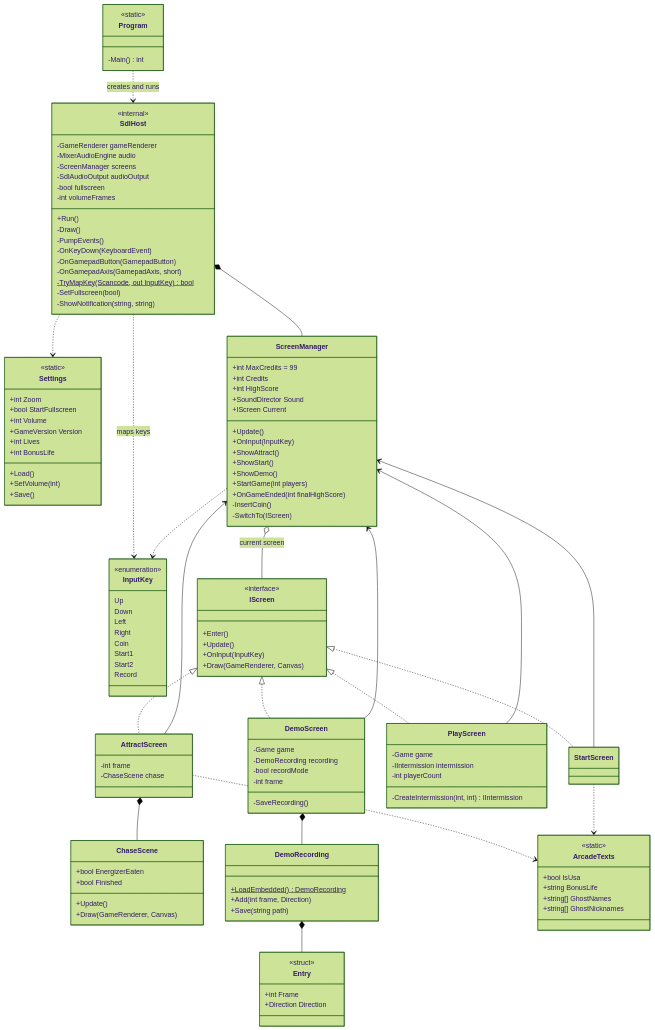
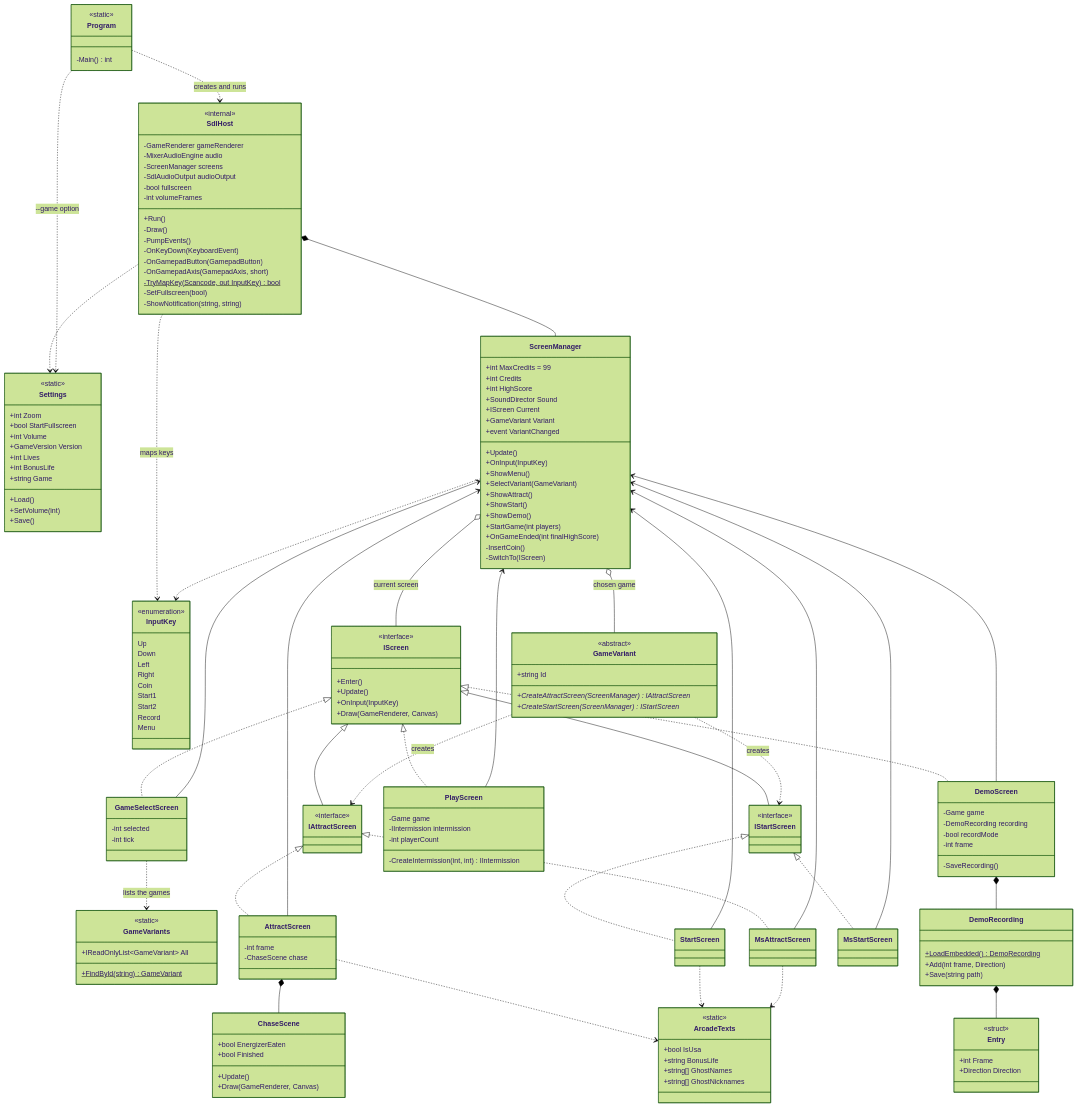
One commit to Telev78/pacman changed the second of 31 diagrams in docs/Pacman_UML_and_State_Diagrams_EN.md. Above: the diagram before and after it, drawn with Mermaid (forest theme). The commit also changed other lines of this file and 173 other files, not shown here.

````diff
--- a/docs/Pacman_UML_and_State_Diagrams_EN.md
+++ b/docs/Pacman_UML_and_State_Diagrams_EN.md
@@ -135,6 +144,7 @@
     +GameVersion Version
     +int Lives
     +int BonusLife
+    +string Game
     +Load()
     +SetVolume(int)
     +Save()
@@ -149,6 +159,7 @@
     Start1
     Start2
     Record
+    Menu
   }
   class IScreen {
     <<interface>>
@@ -157,14 +168,24 @@
     +OnInput(InputKey)
     +Draw(GameRenderer, Canvas)
   }
+  class IAttractScreen {
+    <<interface>>
+  }
+  class IStartScreen {
+    <<interface>>
+  }
   class ScreenManager {
     +int MaxCredits = 99
     +int Credits
     +int HighScore
     +SoundDirector Sound
     +IScreen Current
+    +GameVariant Variant
+    +event VariantChanged
     +Update()
     +OnInput(InputKey)
+    +ShowMenu()
+    +SelectVariant(GameVariant)
     +ShowAttract()
     +ShowStart()
     +ShowDemo()
@@ -172,6 +193,21 @@
     +OnGameEnded(int finalHighScore)
     -InsertCoin()
     -SwitchTo(IScreen)
+  }
+  class GameSelectScreen {
+    -int selected
+    -int tick
+  }
+  class GameVariants {
+    <<static>>
+    +IReadOnlyList~GameVariant~ All
+    +FindById(string)$ GameVariant
+  }
+  class GameVariant {
+    <<abstract>>
+    +string Id
+    +CreateAttractScreen(ScreenManager)* IAttractScreen
+    +CreateStartScreen(ScreenManager)* IStartScreen
   }
   class AttractScreen {
     -int frame
@@ -191,6 +227,8 @@
     -int frame
     -SaveRecording()
   }
+  class MsAttractScreen
+  class MsStartScreen
   class ChaseScene {
     +bool EnergizerEaten
     +bool Finished
@@ -219,14 +257,22 @@
   SdlHost *-- ScreenManager
   SdlHost ..> InputKey : maps keys
   SdlHost ..> Settings
-  IScreen <|.. AttractScreen
-  IScreen <|.. StartScreen
+  IScreen <|.. GameSelectScreen
+  IScreen <|-- IAttractScreen
+  IScreen <|-- IStartScreen
+  IAttractScreen <|.. AttractScreen
+  IAttractScreen <|.. MsAttractScreen
+  IStartScreen <|.. StartScreen
+  IStartScreen <|.. MsStartScreen
   IScreen <|.. PlayScreen
   IScreen <|.. DemoScreen
   ScreenManager o-- IScreen : current screen
   ScreenManager ..> InputKey
   AttractScreen --> ScreenManager
   StartScreen --> ScreenManager
+  MsAttractScreen --> ScreenManager
+  MsStartScreen --> ScreenManager
+  GameSelectScreen --> ScreenManager
   PlayScreen --> ScreenManager
   DemoScreen --> ScreenManager
   AttractScreen *-- ChaseScene
@@ -234,4 +280,10 @@
   DemoRecording *-- Entry
   AttractScreen ..> ArcadeTexts
   StartScreen ..> ArcadeTexts
+  Program ..> Settings : --game option
+  GameSelectScreen ..> GameVariants : lists the games
+  ScreenManager o-- GameVariant : chosen game
+  GameVariant ..> IAttractScreen : creates
+  GameVariant ..> IStartScreen : creates
+  MsAttractScreen ..> ArcadeTexts
 ```
````
